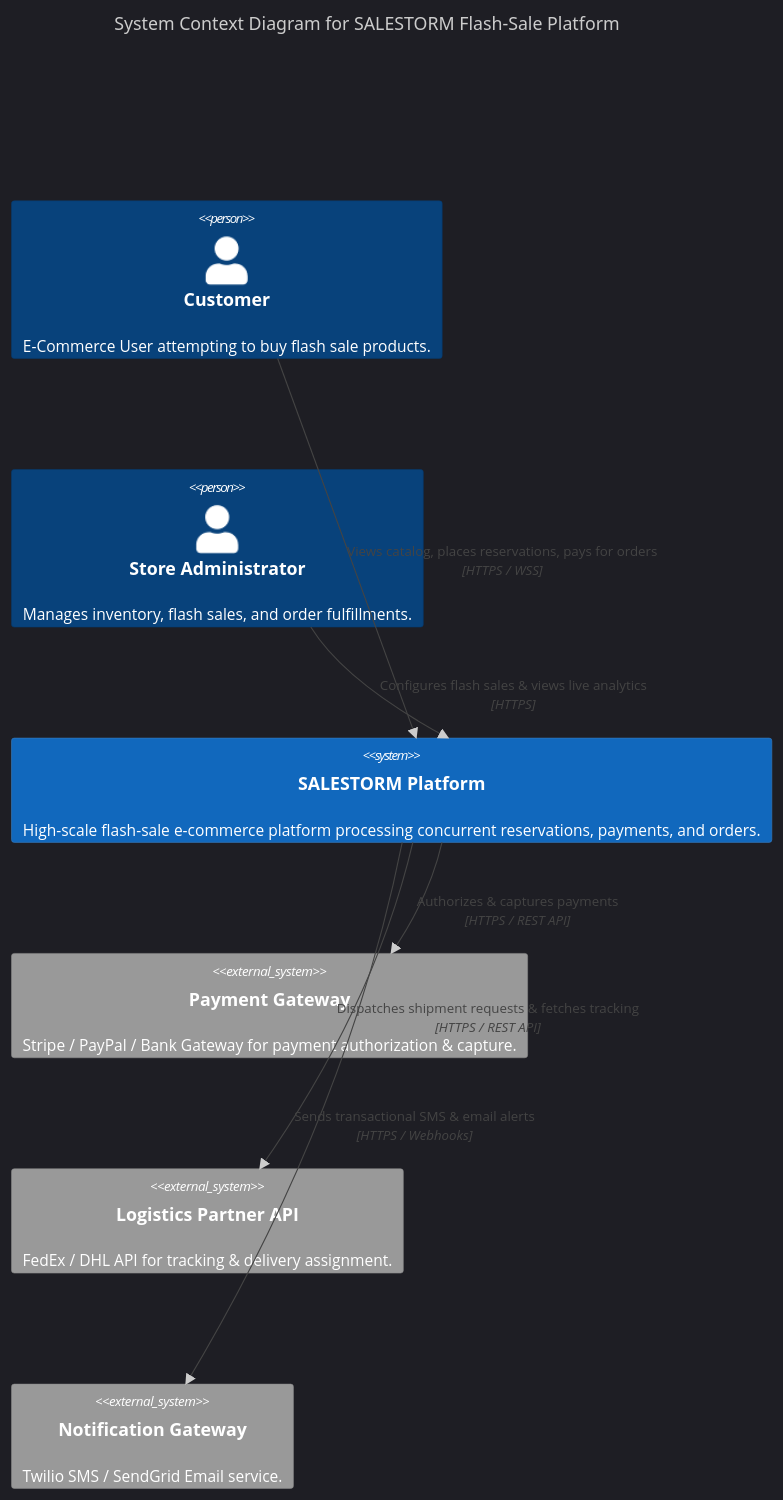
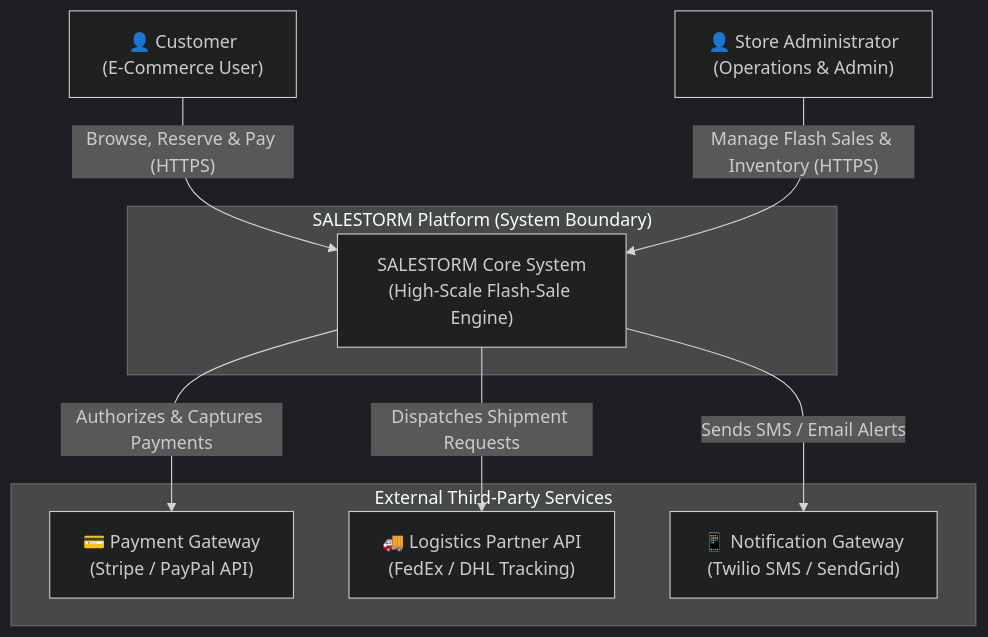
The diagram in 02_HLD/SYSTEM_CONTEXT_DIAGRAM.md (krnike96/system-design-hackthon), drawn with Mermaid (dark theme) before and after one commit. The commit also changed 3 other files, not shown here.

Commit message:
fix(diagrams): convert C4 diagrams to standard flowchart TD for universal rendering

````diff
--- a/02_HLD/SYSTEM_CONTEXT_DIAGRAM.md
+++ b/02_HLD/SYSTEM_CONTEXT_DIAGRAM.md
@@ -6,20 +6,22 @@
 ```mermaid
-C4Context
-    title System Context Diagram for SALESTORM Flash-Sale Platform
+flowchart TD
+    Customer["👤 Customer\n(E-Commerce User)"]
+    Admin["👤 Store Administrator\n(Operations & Admin)"]
 
-    Person(customer, "Customer", "E-Commerce User attempting to buy flash sale products.")
-    Person(admin, "Store Administrator", "Manages inventory, flash sales, and order fulfillments.")
+    subgraph Platform["SALESTORM Platform (System Boundary)"]
+        CoreSystem["SALESTORM Core System\n(High-Scale Flash-Sale Engine)"]
+    end
 
-    System(salestorm, "SALESTORM Platform", "High-scale flash-sale e-commerce platform processing concurrent reservations, payments, and orders.")
+    subgraph ExternalSystems["External Third-Party Services"]
+        PayGW["💳 Payment Gateway\n(Stripe / PayPal API)"]
+        Logistics["🚚 Logistics Partner API\n(FedEx / DHL Tracking)"]
+        NotifGW["📱 Notification Gateway\n(Twilio SMS / SendGrid)"]
+    end
 
-    System_Ext(payment_gateway, "Payment Gateway", "Stripe / PayPal / Bank Gateway for payment authorization & capture.")
-    System_Ext(logistics, "Logistics Partner API", "FedEx / DHL API for tracking & delivery assignment.")
-    System_Ext(notification_gw, "Notification Gateway", "Twilio SMS / SendGrid Email service.")
+    Customer -->|"Browse, Reserve & Pay (HTTPS)"| CoreSystem
+    Admin -->|"Manage Flash Sales & Inventory (HTTPS)"| CoreSystem
 
-    Rel(customer, salestorm, "Views catalog, places reservations, pays for orders", "HTTPS / WSS")
-    Rel(admin, salestorm, "Configures flash sales & views live analytics", "HTTPS")
-
-    Rel(salestorm, payment_gateway, "Authorizes & captures payments", "HTTPS / REST API")
-    Rel(salestorm, logistics, "Dispatches shipment requests & fetches tracking", "HTTPS / REST API")
-    Rel(salestorm, notification_gw, "Sends transactional SMS & email alerts", "HTTPS / Webhooks")
+    CoreSystem -->|"Authorizes & Captures Payments"| PayGW
+    CoreSystem -->|"Dispatches Shipment Requests"| Logistics
+    CoreSystem -->|"Sends SMS / Email Alerts"| NotifGW
 ```
````
